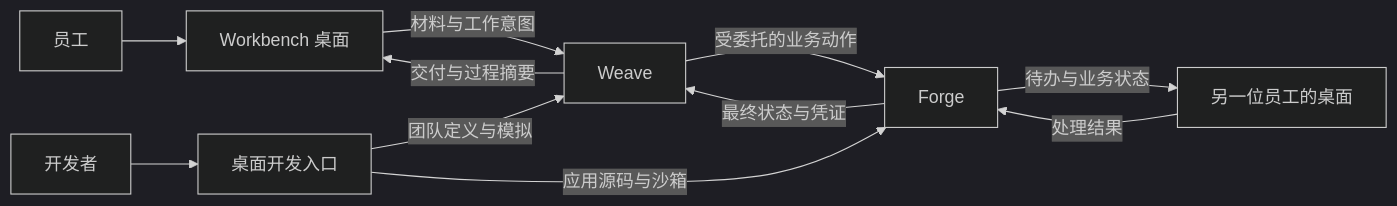
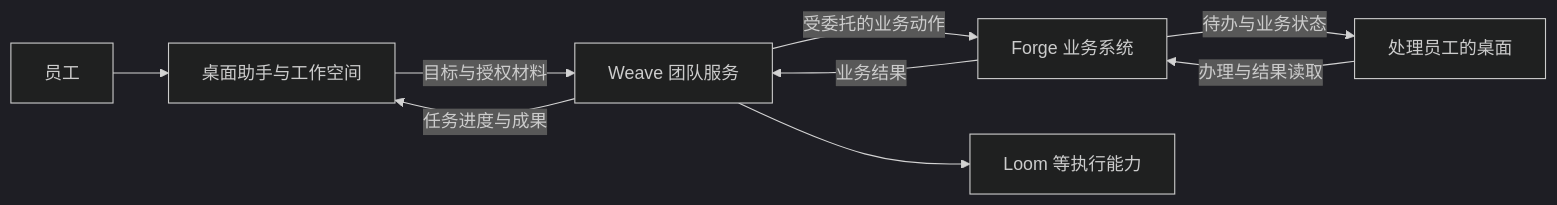
The diagram in docs/architecture/product-architecture.md (jinyitao123/weave-workbench), drawn with Mermaid (dark theme) before and after one commit. The commit also changed other lines of this file and 19 other files, not shown here.

````diff
--- a/docs/architecture/product-architecture.md
+++ b/docs/architecture/product-architecture.md
@@ -21,14 +11,11 @@
 ```mermaid
 flowchart LR
-    U[员工] --> D[Workbench 桌面]
-    D -->|材料与工作意图| W[Weave]
-    W -->|受委托的业务动作| F[Forge]
-    F -->|待办与业务状态| D2[另一位员工的桌面]
-    D2 -->|处理结果| F
-    F -->|最终状态与凭证| W
-    W -->|交付与过程摘要| D
-
-    DEV[开发者] --> DD[桌面开发入口]
-    DD -->|团队定义与模拟| W
-    DD -->|应用源码与沙箱| F
+    U[员工] --> D[桌面助手与工作空间]
+    D -->|目标与授权材料| W[Weave 团队服务]
+    W -->|任务进度与成果| D
+    W -->|受委托的业务动作| F[Forge 业务系统]
+    F -->|业务结果| W
+    F -->|待办与业务状态| D2[处理员工的桌面]
+    D2 -->|办理与结果读取| F
+    W --> R[Loom 等执行能力]
 ```
````
